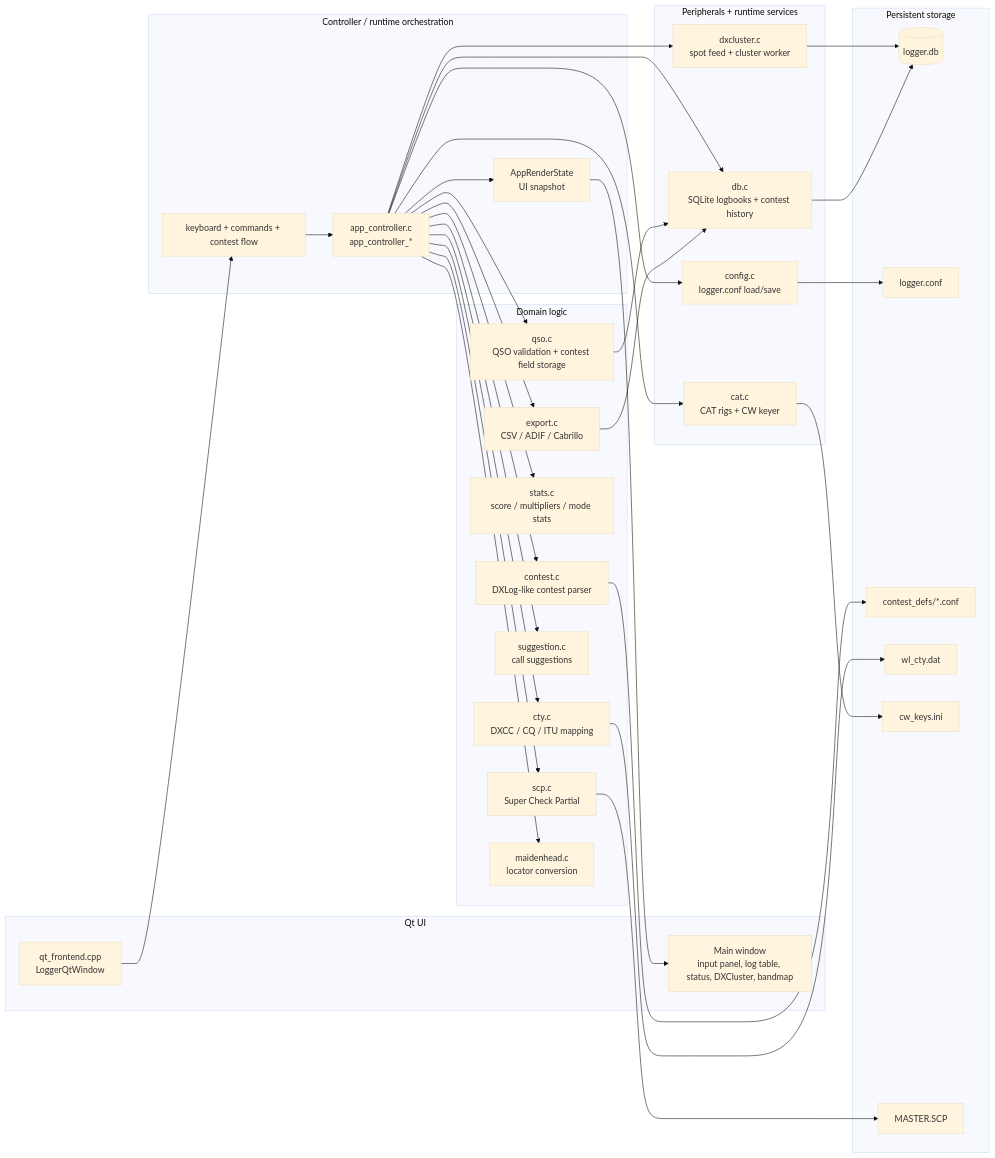
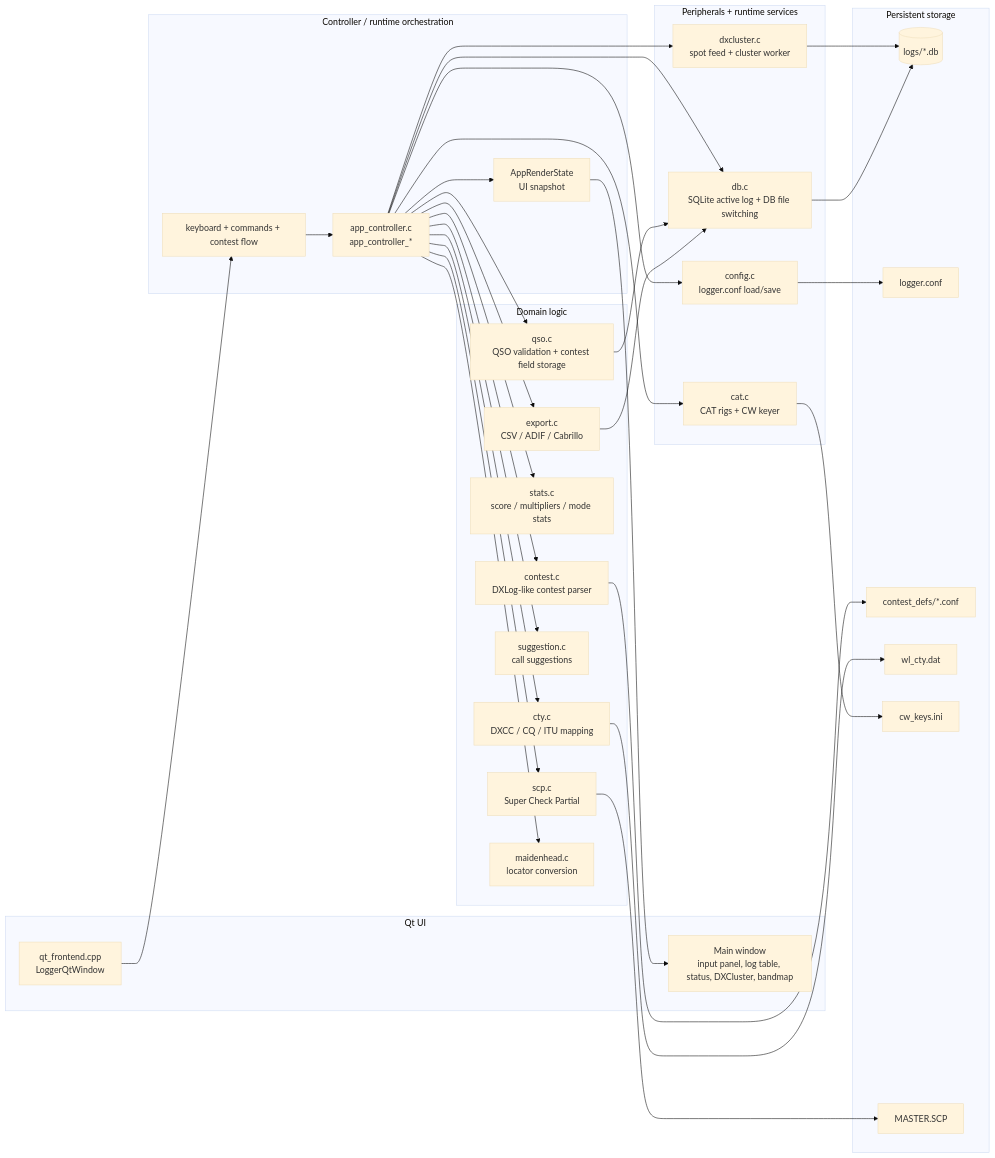
Before and after one commit to darvark/lcl: the diagram in docs/architektura.md, drawn with Mermaid (base theme). The commit also changed other lines of this file and 111 other files, not shown here.

````diff
--- a/docs/architektura.md
+++ b/docs/architektura.md
@@ -15,68 +15,68 @@
 ```mermaid
 flowchart LR
     subgraph UI[Qt UI]
         Qt[qt_frontend.cpp\nLoggerQtWindow]
         W[Main window\ninput panel, log table, status, DXCluster, bandmap]
     end
 
     subgraph Controller[Controller / runtime orchestration]
         App[app_controller.c\napp_controller_*]
         Render[AppRenderState\nUI snapshot]
         Cmd[keyboard + commands + contest flow]
     end
 
     subgraph Domain[Domain logic]
         QSO[qso.c\nQSO validation + contest field storage]
         Contest[contest.c\nDXLog-like contest parser]
         Stats[stats.c\nscore / multipliers / mode stats]
         Export[export.c\nCSV / ADIF / Cabrillo]
         Suggest[suggestion.c\ncall suggestions]
         CTY[cty.c\nDXCC / CQ / ITU mapping]
         SCP[scp.c\nSuper Check Partial]
         Maiden[maidenhead.c\nlocator conversion]
     end
 
     subgraph Infra[Peripherals + runtime services]
         CAT[cat.c\nCAT rigs + CW keyer]
         DXC[dxcluster.c\nspot feed + cluster worker]
         Config[config.c\nlogger.conf load/save]
-        DB[db.c\nSQLite logbooks + contest history]
+        DB[db.c\nSQLite active log + DB file switching]
     end
 
     subgraph Data[Persistent storage]
-        SQLite[(logger.db)]
+        SQLite[(logs/*.db)]
         Conf[logger.conf]
         ContestDefs[contest_defs/*.conf]
         CTYDB[wl_cty.dat]
         CWKeys[cw_keys.ini]
         SCPDB[MASTER.SCP]
     end
 
     Qt --> Cmd
     Cmd --> App
     App --> Render
     Render --> W
 
     App --> QSO
     App --> Contest
     App --> Stats
     App --> Export
     App --> Suggest
     App --> CTY
     App --> SCP
     App --> Maiden
     App --> CAT
     App --> DXC
     App --> Config
     App --> DB
 
     QSO --> DB
     Export --> DB
     Config --> Conf
     Contest --> ContestDefs
     CTY --> CTYDB
     SCP --> SCPDB
     CAT --> CWKeys
     DXC --> SQLite
     DB --> SQLite
 ```
````
